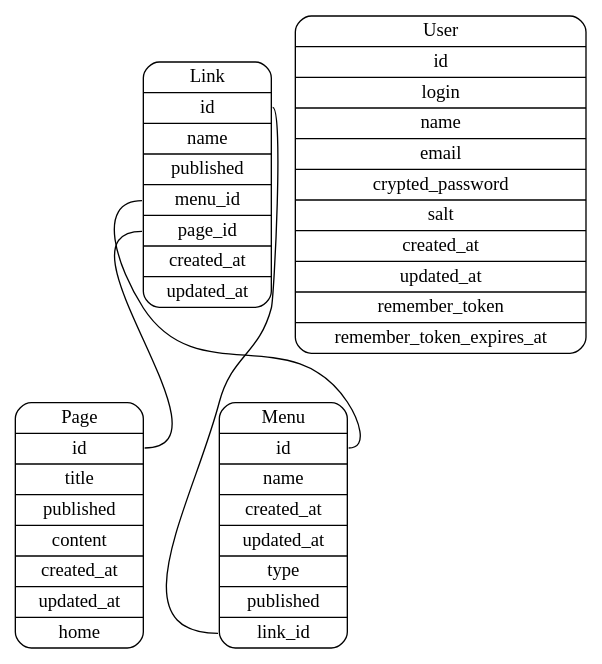
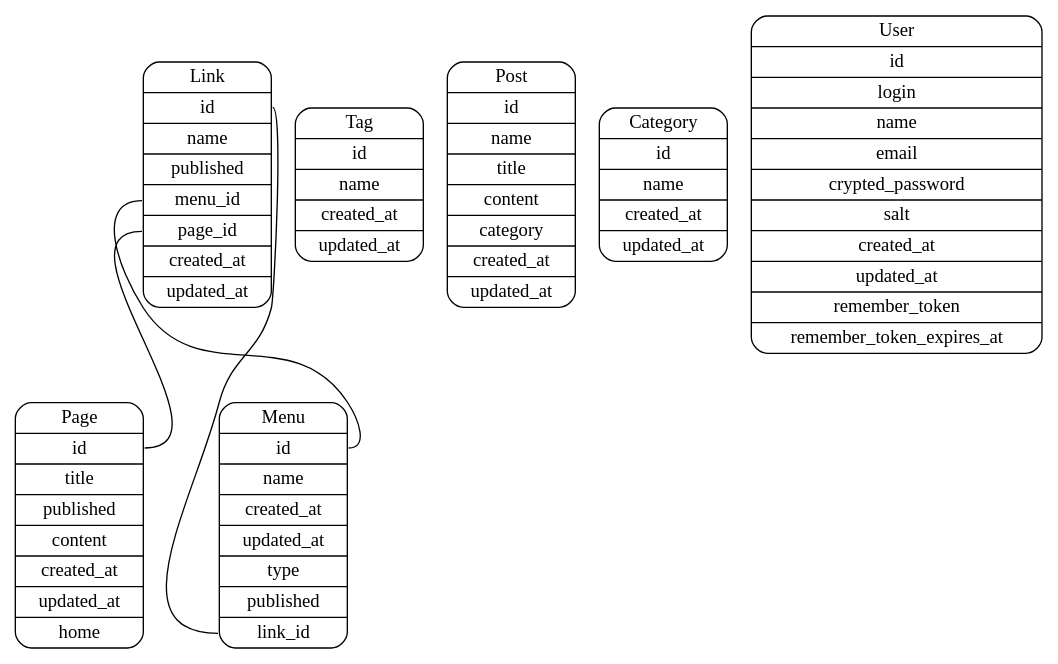
Before and after one commit to AnneV/TorballProject: the diagram in torball/database.dot, drawn with Graphviz. The commit also changed 45 other files, not shown here.

```diff
--- a/torball/database.dot
+++ b/torball/database.dot
@@ -1,9 +1,12 @@
 graph G {
 node [shape=Mrecord];Page [label="{Page|<id> id|<title> title|<published> published|<content> content|<created_at> created_at|<updated_at> updated_at|<home> home}"];
 Menu [label="{Menu|<id> id|<name> name|<created_at> created_at|<updated_at> updated_at|<type> type|<published> published|<link_id> link_id}"];
+Tag [label="{Tag|<id> id|<name> name|<created_at> created_at|<updated_at> updated_at}"];
+Post [label="{Post|<id> id|<name> name|<title> title|<content> content|<category> category|<created_at> created_at|<updated_at> updated_at}"];
 Link [label="{Link|<id> id|<name> name|<published> published|<menu_id> menu_id|<page_id> page_id|<created_at> created_at|<updated_at> updated_at}"];
+Category [label="{Category|<id> id|<name> name|<created_at> created_at|<updated_at> updated_at}"];
 User [label="{User|<id> id|<login> login|<name> name|<email> email|<crypted_password> crypted_password|<salt> salt|<created_at> created_at|<updated_at> updated_at|<remember_token> remember_token|<remember_token_expires_at> remember_token_expires_at}"];
 Menu:link_id:w -- Link:id:e;
+Link:page_id:w -- Page:id:e;
 Link:menu_id:w -- Menu:id:e;
-Link:page_id:w -- Page:id:e;
 }
```
